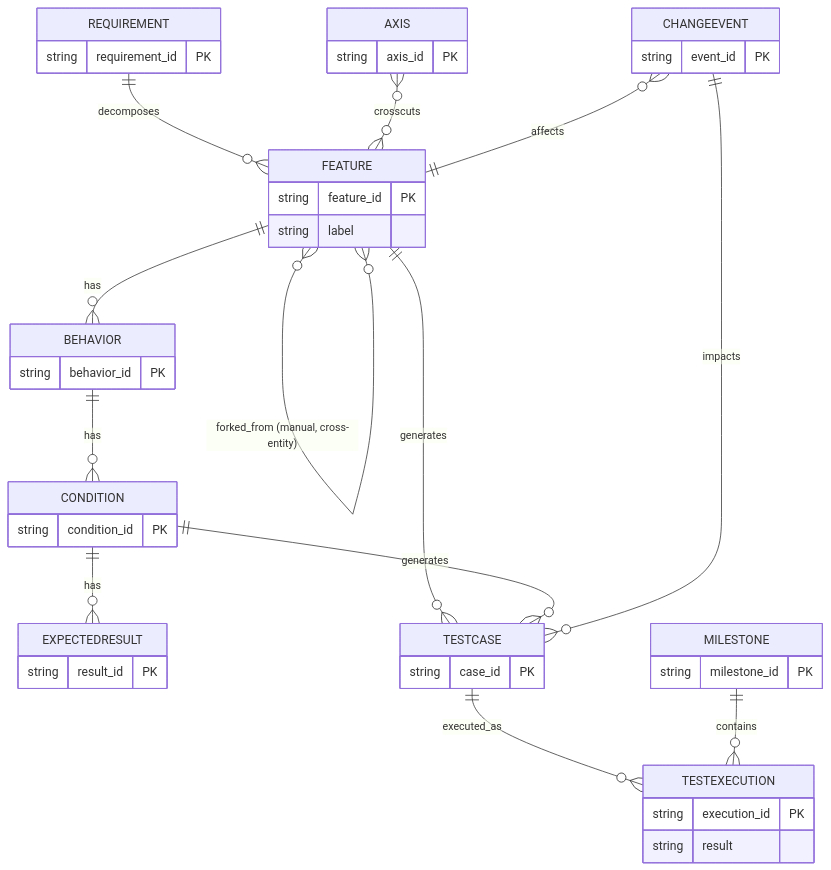
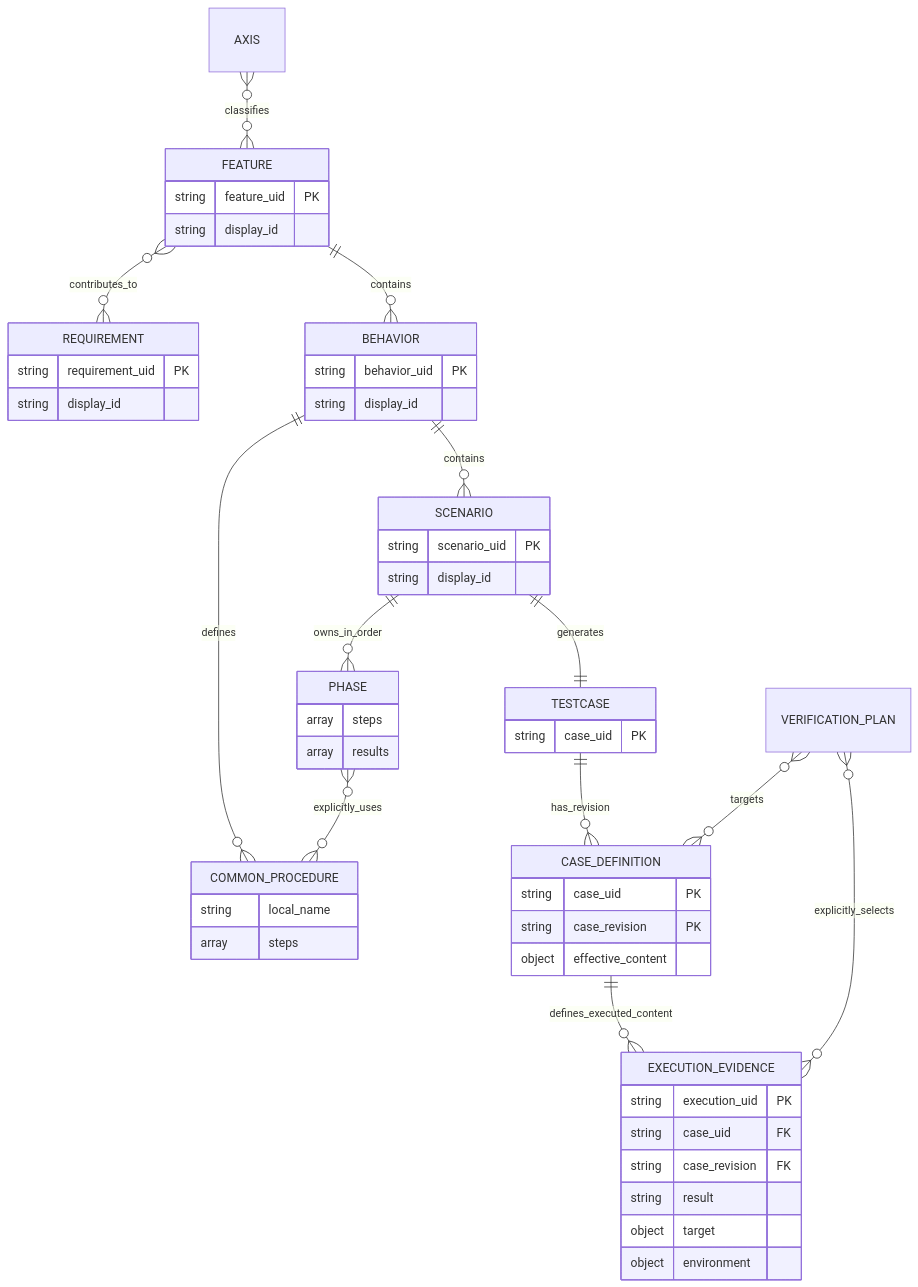
The second of 3 diagrams in docs/en/git-native-model-for-test-knowledge-management.md (markharness/markharness), drawn with Mermaid before and after one commit. The commit also changed other lines of this file and 61 other files, not shown here.

````diff
--- a/docs/en/git-native-model-for-test-knowledge-management.md
+++ b/docs/en/git-native-model-for-test-knowledge-management.md
@@ -200,29 +82,56 @@
 ```mermaid
 erDiagram
-  REQUIREMENT ||--o{ FEATURE : decomposes
-  FEATURE ||--o{ FEATURE : "derived_from (derived per-milestone from ChangeEvent tree-sha diff; not a persisted DAG edge)"
-  FEATURE }o--o{ FEATURE : "forked_from (manual, cross-entity)"
-  FEATURE ||--o{ BEHAVIOR : has
-  BEHAVIOR ||--o{ CONDITION : has
-  CONDITION ||--o{ EXPECTEDRESULT : has
-  AXIS }o--o{ FEATURE : crosscuts
-  FEATURE ||--o{ TESTCASE : generates
-  CONDITION ||--o{ TESTCASE : generates
-  TESTCASE ||--o{ TESTEXECUTION : executed_as
-  MILESTONE ||--o{ TESTEXECUTION : contains
-  CHANGEEVENT }o--|| FEATURE : affects
-  CHANGEEVENT ||--o{ TESTCASE : impacts
+  FEATURE }o--o{ REQUIREMENT : contributes_to
+  AXIS }o--o{ FEATURE : classifies
+  FEATURE ||--o{ BEHAVIOR : contains
+  BEHAVIOR ||--o{ COMMON_PROCEDURE : defines
+  BEHAVIOR ||--o{ SCENARIO : contains
+  SCENARIO ||--o{ PHASE : owns_in_order
+  PHASE }o--o{ COMMON_PROCEDURE : explicitly_uses
+  SCENARIO ||--|| TESTCASE : generates
+  TESTCASE ||--o{ CASE_DEFINITION : has_revision
+  CASE_DEFINITION ||--o{ EXECUTION_EVIDENCE : defines_executed_content
+  VERIFICATION_PLAN }o--o{ CASE_DEFINITION : targets
+  VERIFICATION_PLAN }o--o{ EXECUTION_EVIDENCE : explicitly_selects
 
-  REQUIREMENT { string requirement_id PK }
-  FEATURE { string feature_id PK
-            string label }
-  BEHAVIOR { string behavior_id PK }
-  CONDITION { string condition_id PK }
-  EXPECTEDRESULT { string result_id PK }
-  AXIS { string axis_id PK }
-  TESTCASE { string case_id PK }
-  TESTEXECUTION { string execution_id PK
-                  string result }
-  MILESTONE { string milestone_id PK }
-  CHANGEEVENT { string event_id PK }
+  REQUIREMENT {
+    string requirement_uid PK
+    string display_id
+  }
+  FEATURE {
+    string feature_uid PK
+    string display_id
+  }
+  BEHAVIOR {
+    string behavior_uid PK
+    string display_id
+  }
+  SCENARIO {
+    string scenario_uid PK
+    string display_id
+  }
+  PHASE {
+    array steps
+    array results
+  }
+  COMMON_PROCEDURE {
+    string local_name
+    array steps
+  }
+  TESTCASE {
+    string case_uid PK
+  }
+  CASE_DEFINITION {
+    string case_uid PK
+    string case_revision PK
+    object effective_content
+  }
+  EXECUTION_EVIDENCE {
+    string execution_uid PK
+    string case_uid FK
+    string case_revision FK
+    string result
+    object target
+    object environment
+  }
 ```
````
